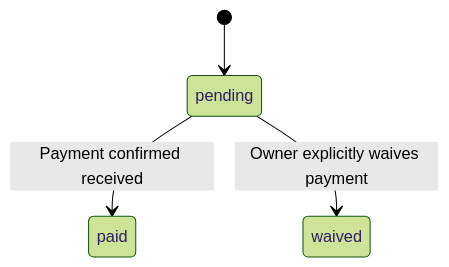
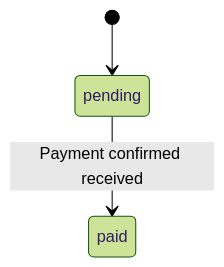
The fifth of 7 diagrams in docs/product/WORKFLOWS.md (rzqllh/Lumina), drawn with Mermaid (forest theme) before and after one commit. The commit also changed other lines of this file and 18 other files, not shown here.

````diff
--- a/docs/product/WORKFLOWS.md
+++ b/docs/product/WORKFLOWS.md
@@ -199,6 +196,5 @@
 ```mermaid
 stateDiagram-v2
     [*] --> pending
     pending --> paid : Payment confirmed received
-    pending --> waived : Owner explicitly waives payment
 ```
````
